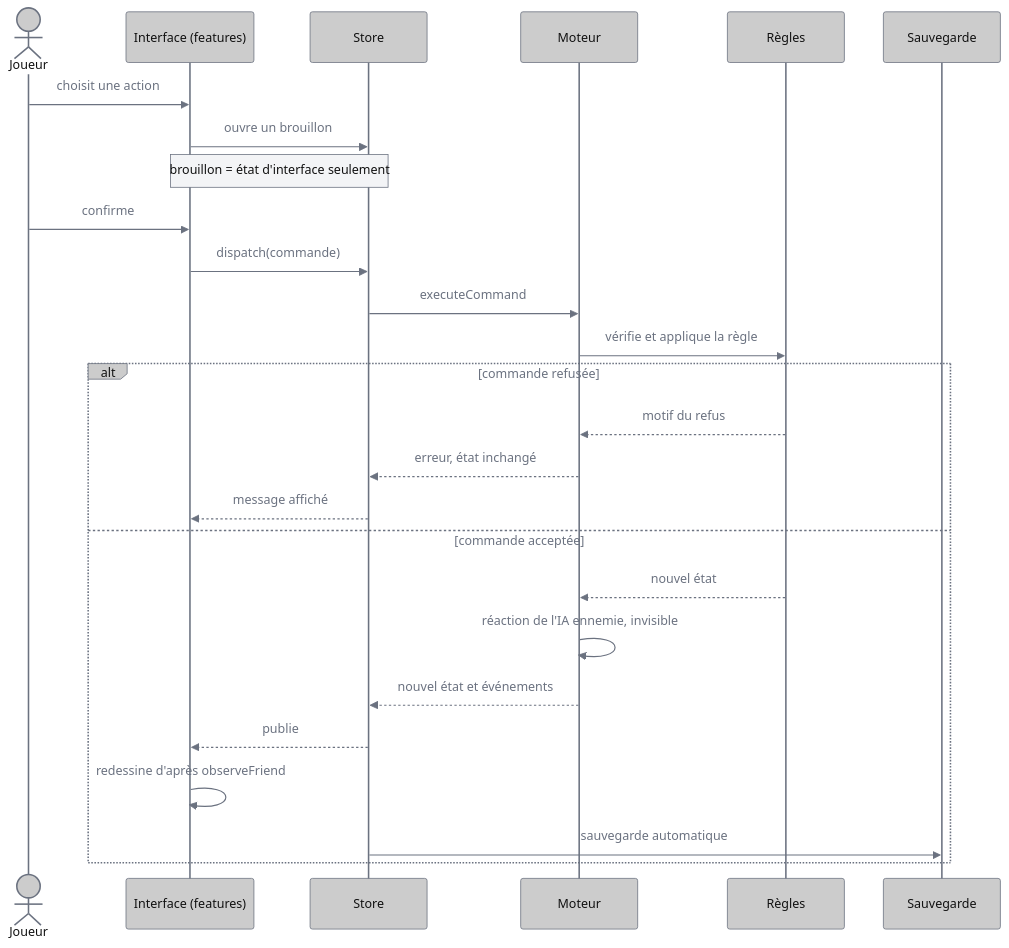
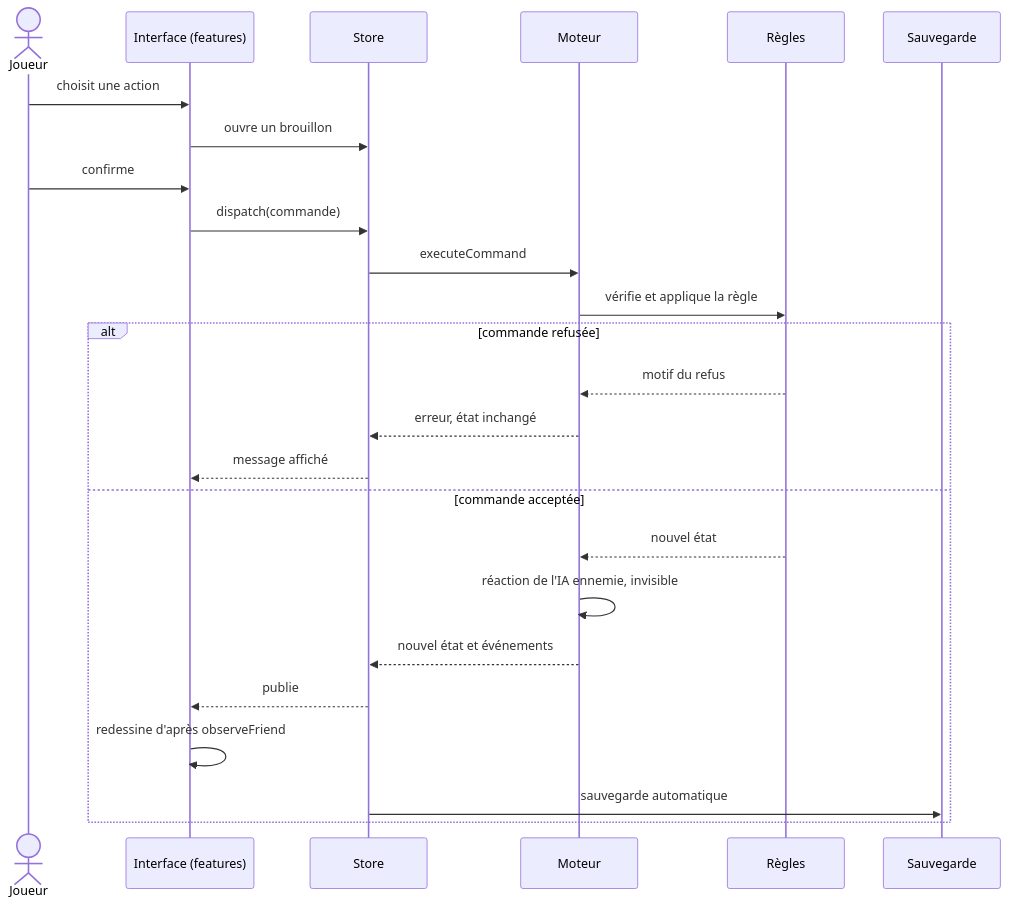
Before and after one commit to peangoulvant/Tacticoop: the diagram in docs/diagrams/03-flux-commande.md, drawn with Mermaid. The commit also changed other lines of this file and 9 other files, not shown here.

Commit message:
docs: update diagrams

````diff
--- a/docs/diagrams/03-flux-commande.md
+++ b/docs/diagrams/03-flux-commande.md
@@ -5,47 +7,33 @@
 ```mermaid
 ---
 config:
-  theme: base
-  themeVariables:
-    actorBkg: '#cccccc'
-    actorBorder: '#6b7280'
-    actorTextColor: '#111111'
-    actorLineColor: '#6b7280'
-    signalColor: '#6b7280'
-    signalTextColor: '#6b7280'
-    labelBoxBkgColor: '#cccccc'
-    labelBoxBorderColor: '#6b7280'
-    labelTextColor: '#111111'
-    loopTextColor: '#6b7280'
-    noteBkgColor: '#f3f4f6'
-    noteBorderColor: '#6b7280'
-    noteTextColor: '#111111'
+  theme: default
+  look: classic
 ---
 sequenceDiagram
     actor J as Joueur
     participant UI as Interface (features)
     participant S as Store
     participant M as Moteur
     participant R as Règles
     participant P as Sauvegarde
 
     J->>UI: choisit une action
     UI->>S: ouvre un brouillon
-    Note over UI,S: brouillon = état d'interface seulement
     J->>UI: confirme
     UI->>S: dispatch(commande)
     S->>M: executeCommand
     M->>R: vérifie et applique la règle
     alt commande refusée
         R-->>M: motif du refus
         M-->>S: erreur, état inchangé
         S-->>UI: message affiché
     else commande acceptée
         R-->>M: nouvel état
         M->>M: réaction de l'IA ennemie, invisible
         M-->>S: nouvel état et événements
         S-->>UI: publie
         UI->>UI: redessine d'après observeFriend
         S->>P: sauvegarde automatique
     end
 ```
````
